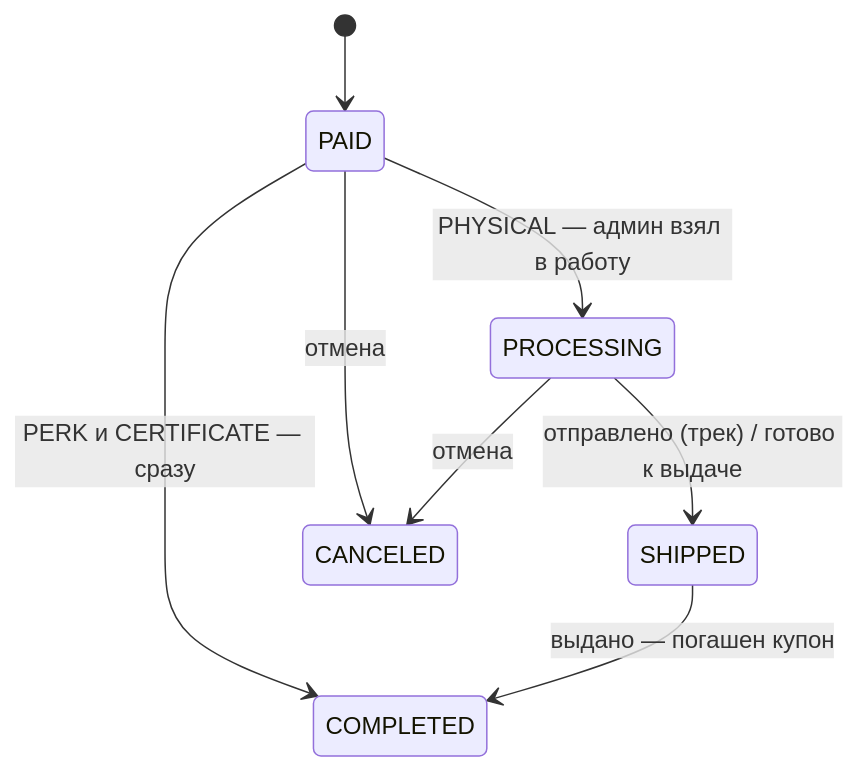
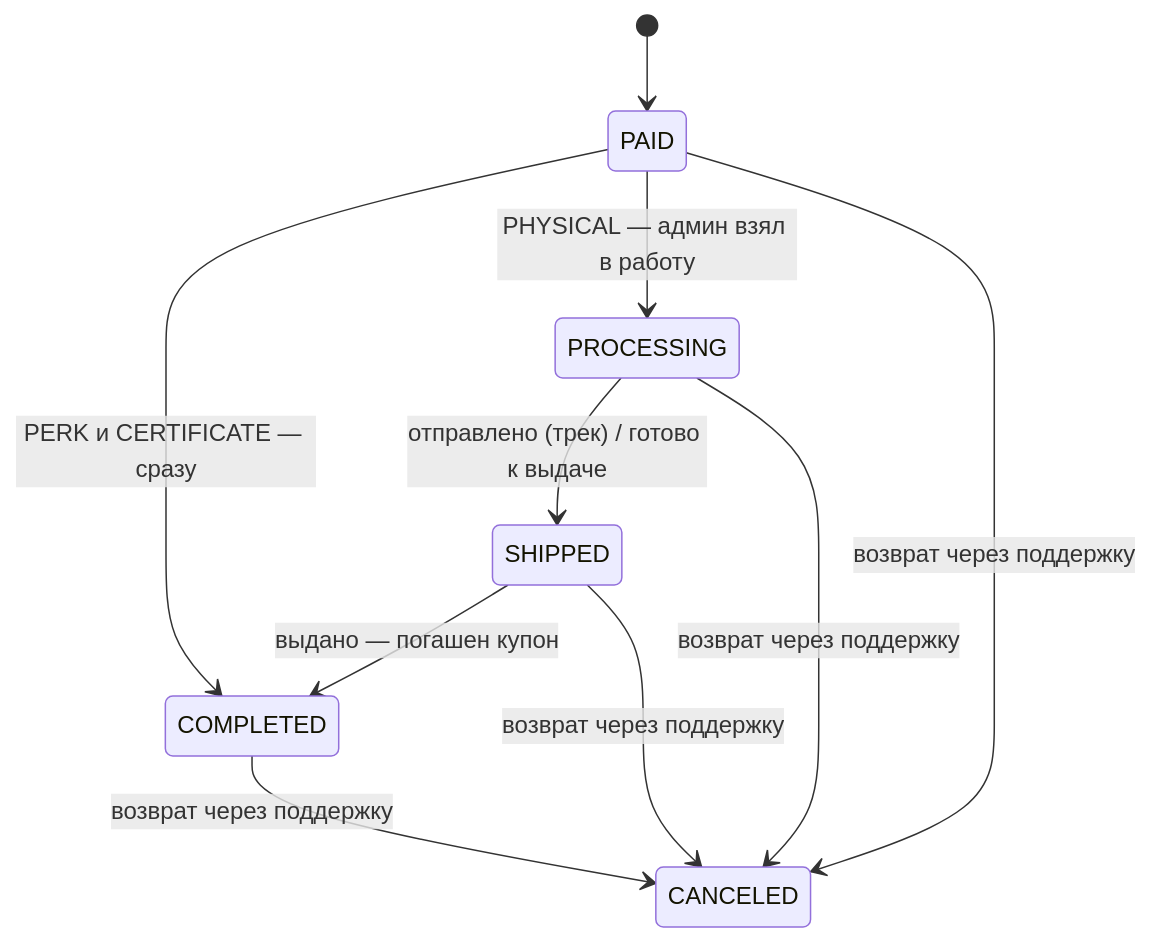
The diagram in doc/implementation_plan_shop.md (zubans/trash), drawn with Mermaid before and after one commit. The commit also changed other lines of this file and 11 other files, not shown here.

First line of the commit message:
review fixes: linked shop ledger entries, schema CHECKs, role filter, stock and test hygiene

````diff
--- a/doc/implementation_plan_shop.md
+++ b/doc/implementation_plan_shop.md
@@ -231,10 +275,12 @@
 ```mermaid
 stateDiagram-v2
     [*] --> PAID
     PAID --> COMPLETED: PERK и CERTIFICATE — сразу
     PAID --> PROCESSING: PHYSICAL — админ взял в работу
     PROCESSING --> SHIPPED: отправлено (трек) / готово к выдаче
     SHIPPED --> COMPLETED: выдано — погашен купон
-    PAID --> CANCELED: отмена
-    PROCESSING --> CANCELED: отмена
+    PAID --> CANCELED: возврат через поддержку
+    PROCESSING --> CANCELED: возврат через поддержку
+    SHIPPED --> CANCELED: возврат через поддержку
+    COMPLETED --> CANCELED: возврат через поддержку
 ```
````
